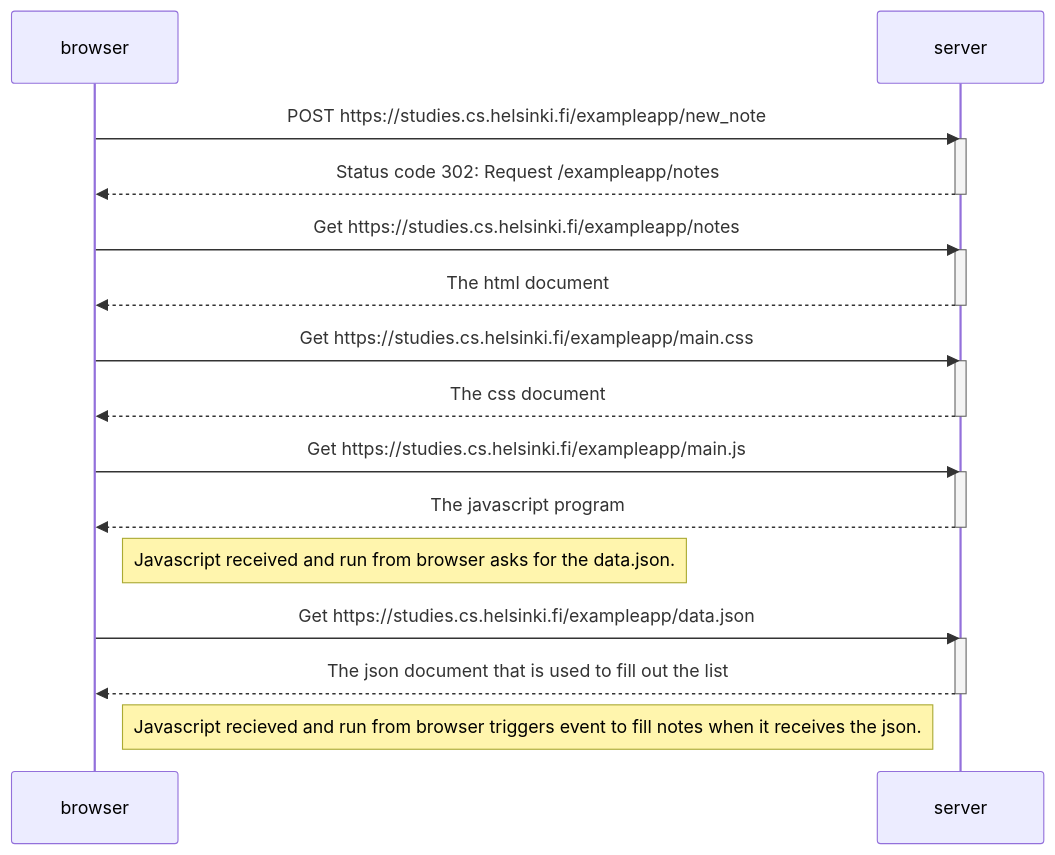
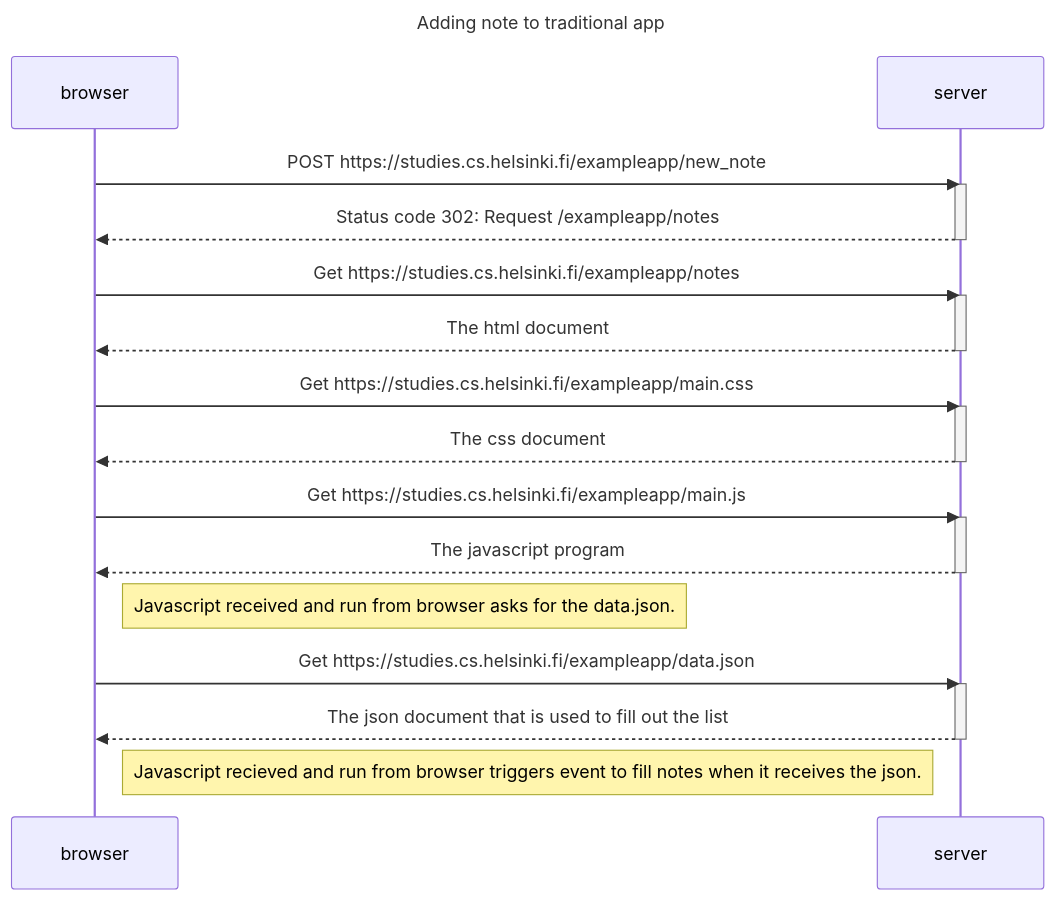
The diagram in part0/0.4.md (RunLikeAnAntelope/FullStackOpen), drawn with Mermaid before and after one commit.

````diff
--- a/part0/0.4.md
+++ b/part0/0.4.md
@@ -1,35 +1,35 @@
 ```mermaid
-sequenceDiagram
+sequenceDiagram title Adding note to traditional app
     participant browser
     participant server
 
     browser->>server: POST https://studies.cs.helsinki.fi/exampleapp/new_note
     activate server
     server-->>browser: Status code 302: Request /exampleapp/notes
     deactivate server
 
     browser->>server: Get https://studies.cs.helsinki.fi/exampleapp/notes
     activate server
     server-->>browser: The html document
     deactivate server
 
     browser->>server: Get https://studies.cs.helsinki.fi/exampleapp/main.css
     activate server
     server-->>browser: The css document
     deactivate server
 
     browser->>server: Get https://studies.cs.helsinki.fi/exampleapp/main.js
     activate server
     server-->>browser: The javascript program
     deactivate server
 
     Note right of browser: Javascript received and run from browser asks for the data.json.
 
     browser->>server: Get https://studies.cs.helsinki.fi/exampleapp/data.json
     activate server
     server-->>browser: The json document that is used to fill out the list
     deactivate server
 
     Note right of browser: Javascript recieved and run from browser triggers event to fill notes when it receives the json.
     
 ```
````
